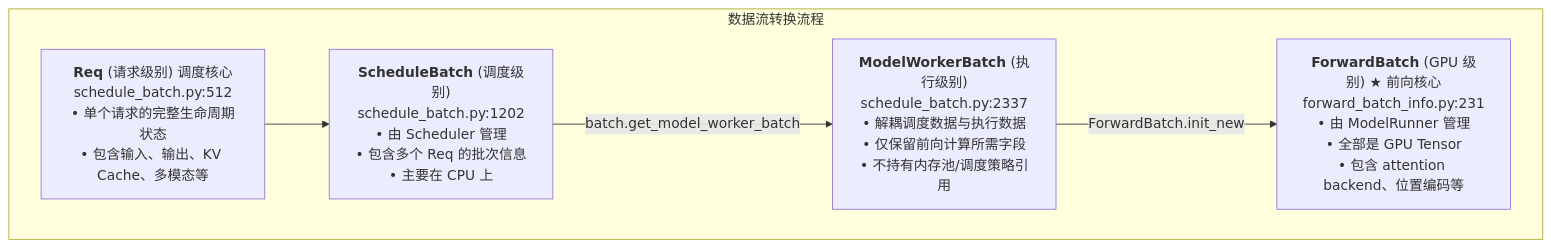
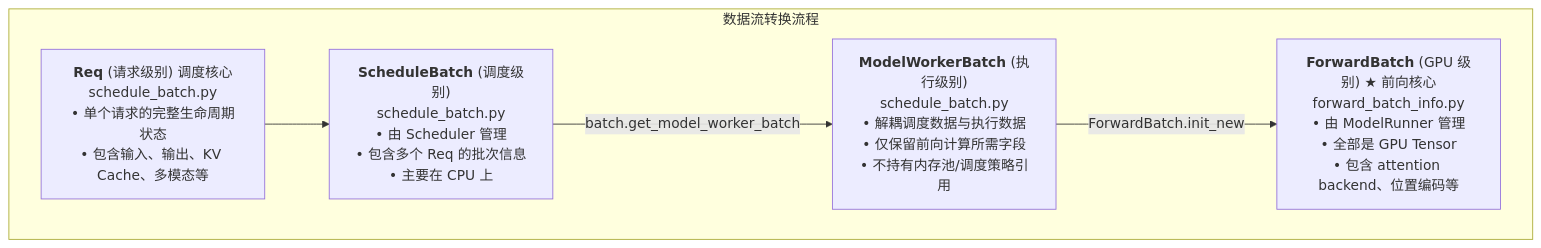
The second of 4 diagrams in SGLang/02-core-data-structures.md (wesleyck/AIInfraNotes), drawn with Mermaid before and after one commit. The commit also changed other lines of this file and 26 other files, not shown here.

````diff
--- a/SGLang/02-core-data-structures.md
+++ b/SGLang/02-core-data-structures.md
@@ -45,16 +57,16 @@
 ```mermaid
 flowchart TD
     subgraph Pipeline["数据流转换流程"]
-        REQ["<b>Req</b> (请求级别) 调度核心<br/>schedule_batch.py:512<br/>• 单个请求的完整生命周期状态<br/>• 包含输入、输出、KV Cache、多模态等"]
+        REQ["<b>Req</b> (请求级别) 调度核心<br/>schedule_batch.py<br/>• 单个请求的完整生命周期状态<br/>• 包含输入、输出、KV Cache、多模态等"]
         
-        SB["<b>ScheduleBatch</b> (调度级别)<br/>schedule_batch.py:1202<br/>• 由 Scheduler 管理<br/>• 包含多个 Req 的批次信息<br/>• 主要在 CPU 上"]
+        SB["<b>ScheduleBatch</b> (调度级别)<br/>schedule_batch.py<br/>• 由 Scheduler 管理<br/>• 包含多个 Req 的批次信息<br/>• 主要在 CPU 上"]
         
-        MWB["<b>ModelWorkerBatch</b> (执行级别)<br/>schedule_batch.py:2337<br/>• 解耦调度数据与执行数据<br/>• 仅保留前向计算所需字段<br/>• 不持有内存池/调度策略引用"]
+        MWB["<b>ModelWorkerBatch</b> (执行级别)<br/>schedule_batch.py<br/>• 解耦调度数据与执行数据<br/>• 仅保留前向计算所需字段<br/>• 不持有内存池/调度策略引用"]
         
-        FB["<b>ForwardBatch</b> (GPU 级别) ★ 前向核心<br/>forward_batch_info.py:231<br/>• 由 ModelRunner 管理<br/>• 全部是 GPU Tensor<br/>• 包含 attention backend、位置编码等"]
+        FB["<b>ForwardBatch</b> (GPU 级别) ★ 前向核心<br/>forward_batch_info.py<br/>• 由 ModelRunner 管理<br/>• 全部是 GPU Tensor<br/>• 包含 attention backend、位置编码等"]
 
         REQ --> SB
         SB -->|batch.get_model_worker_batch| MWB
         MWB -->|ForwardBatch.init_new| FB
     end
 ```
````
